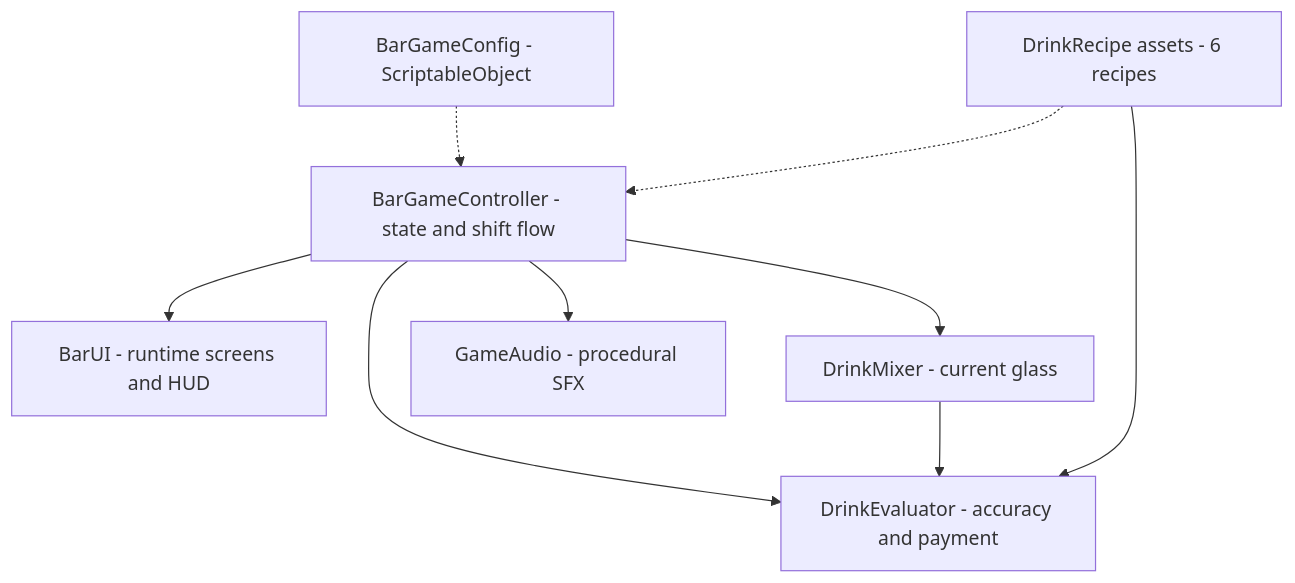
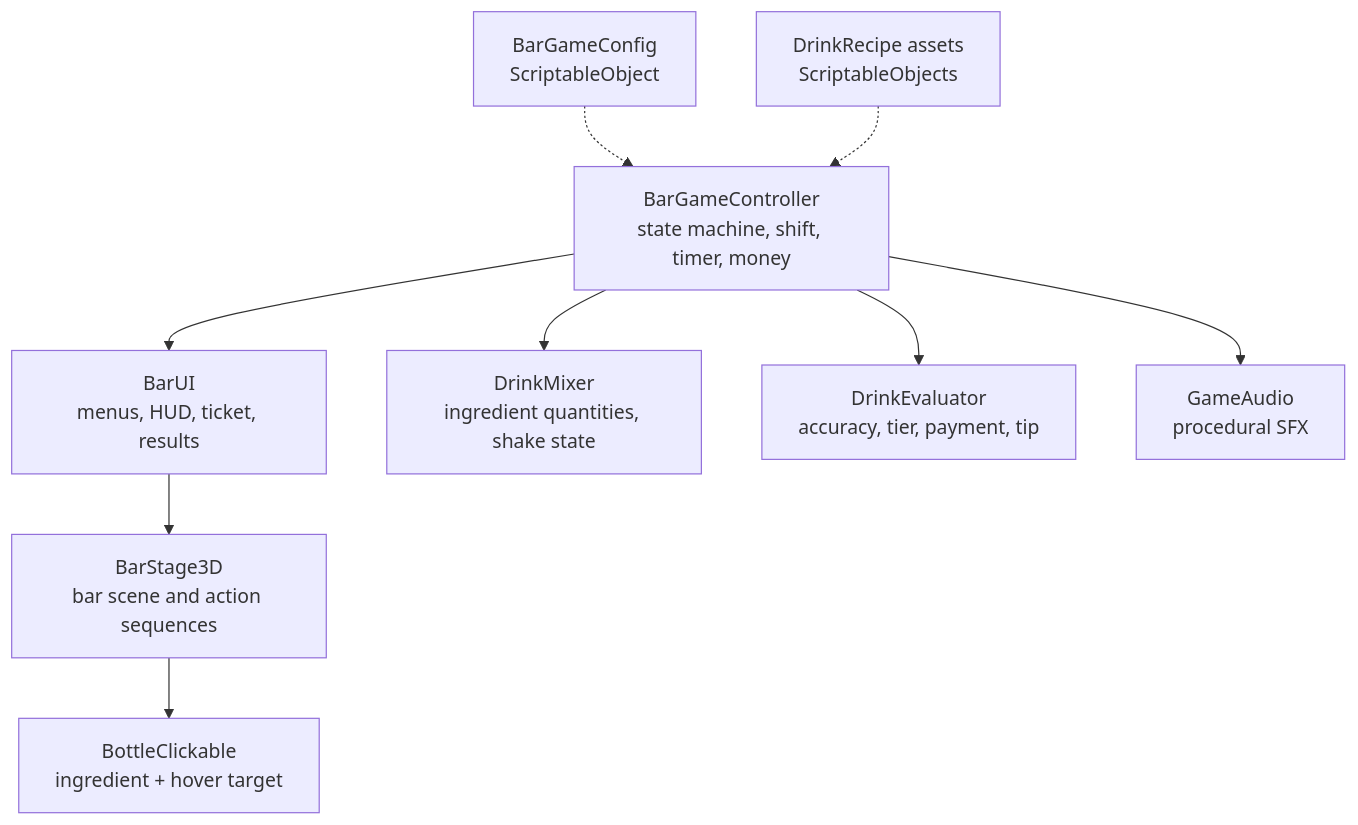
Before and after one commit to Shady-ab/BarShift: the second of 2 diagrams in Docs/GDD.md, drawn with Mermaid. The commit also changed other lines of this file, not shown here.

````diff
--- a/Docs/GDD.md
+++ b/Docs/GDD.md
@@ -137,11 +145,11 @@
-~~~mermaid
+```mermaid
 graph TD
-    GC[BarGameController - state and shift flow] --> UI[BarUI - runtime screens and HUD]
-    GC --> MIX[DrinkMixer - current glass]
-    GC --> EVA[DrinkEvaluator - accuracy and payment]
-    GC --> AUD[GameAudio - procedural SFX]
-    CFG[BarGameConfig - ScriptableObject] -.-> GC
-    REC[DrinkRecipe assets - 6 recipes] -.-> GC
-    MIX --> EVA
-    REC --> EVA
-~~~
+    GC[BarGameController<br/>state machine, shift, timer, money] --> UI[BarUI<br/>menus, HUD, ticket, results]
+    GC --> MIX[DrinkMixer<br/>ingredient quantities, shake state]
+    GC --> EV[DrinkEvaluator<br/>accuracy, tier, payment, tip]
+    GC --> AUD[GameAudio<br/>procedural SFX]
+    UI --> STAGE[BarStage3D<br/>bar scene and action sequences]
+    STAGE --> BC[BottleClickable<br/>ingredient + hover target]
+    CFG[BarGameConfig<br/>ScriptableObject] -.-> GC
+    REC[DrinkRecipe assets<br/>ScriptableObjects] -.-> GC
+```
````
